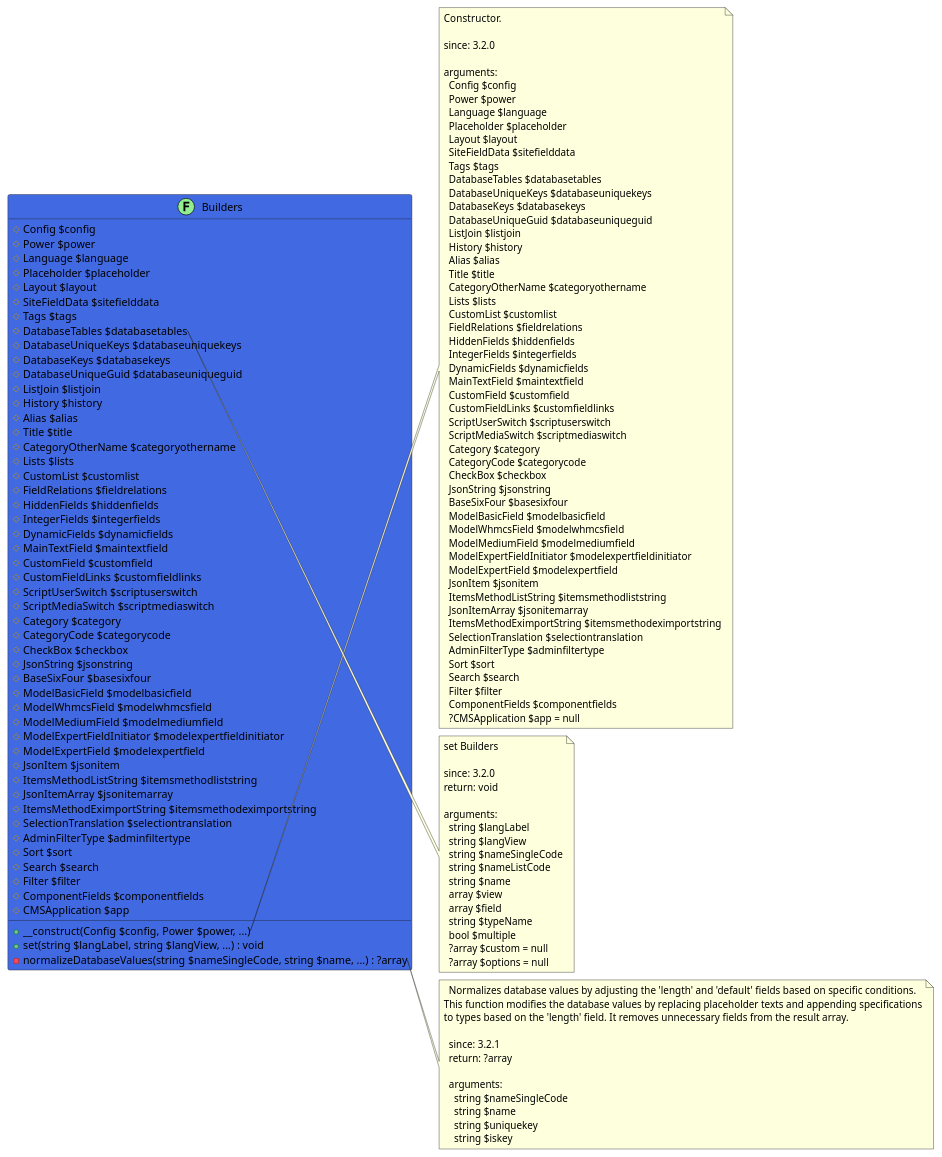
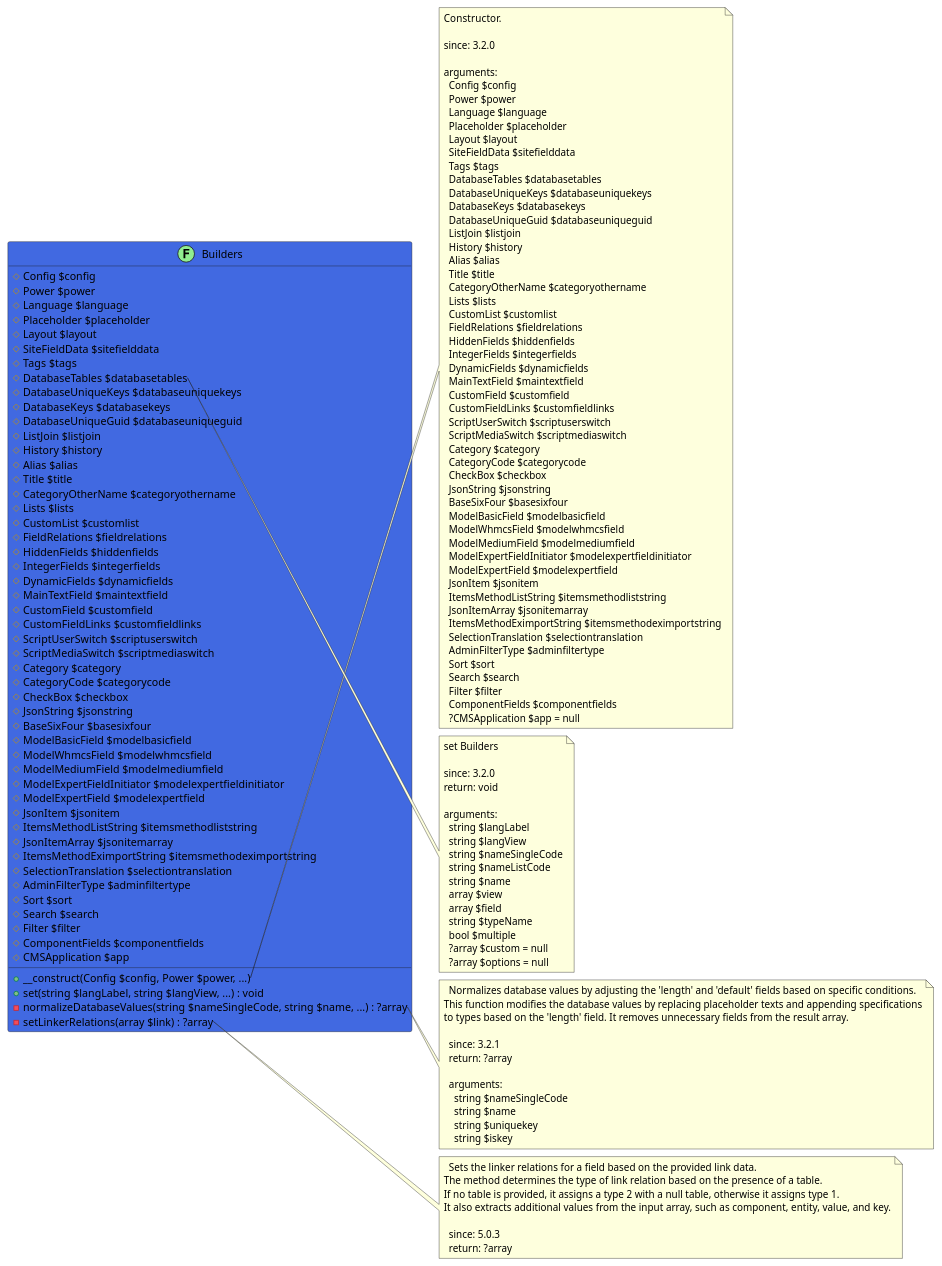
Before and after one commit to joomengine/jcb-compiler: the diagram in src/55278140-80d5-4168-8241-d64515c4b35e/README.md, drawn with PlantUML. The commit also changed 123 other files, not shown here.

````diff
--- a/src/55278140-80d5-4168-8241-d64515c4b35e/README.md
+++ b/src/55278140-80d5-4168-8241-d64515c4b35e/README.md
@@ -63,6 +63,7 @@
   + __construct(Config $config, Power $power, ...)
   + set(string $langLabel, string $langView, ...) : void
   - normalizeDatabaseValues(string $nameSingleCode, string $name, ...) : ?array
+  - setLinkerRelations(array $link) : ?array
 }
 
 note right of Builders::__construct
@@ -155,6 +156,16 @@
     string $uniquekey
     string $iskey
 end note
+
+note right of Builders::setLinkerRelations
+  Sets the linker relations for a field based on the provided link data.
+The method determines the type of link relation based on the presence of a table.
+If no table is provided, it assigns a type 2 with a null table, otherwise it assigns type 1.
+It also extracts additional values from the input array, such as component, entity, value, and key.
+
+  since: 5.0.3
+  return: ?array
+end note
  
 @enduml
 ```
````
